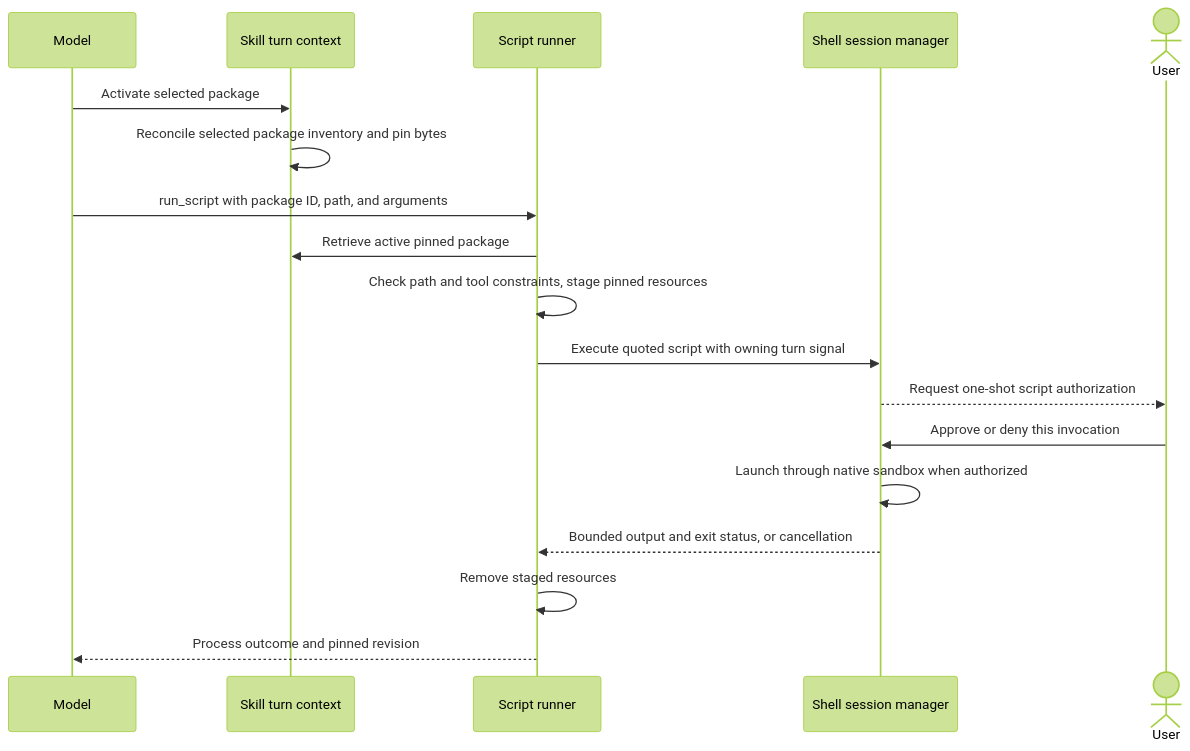
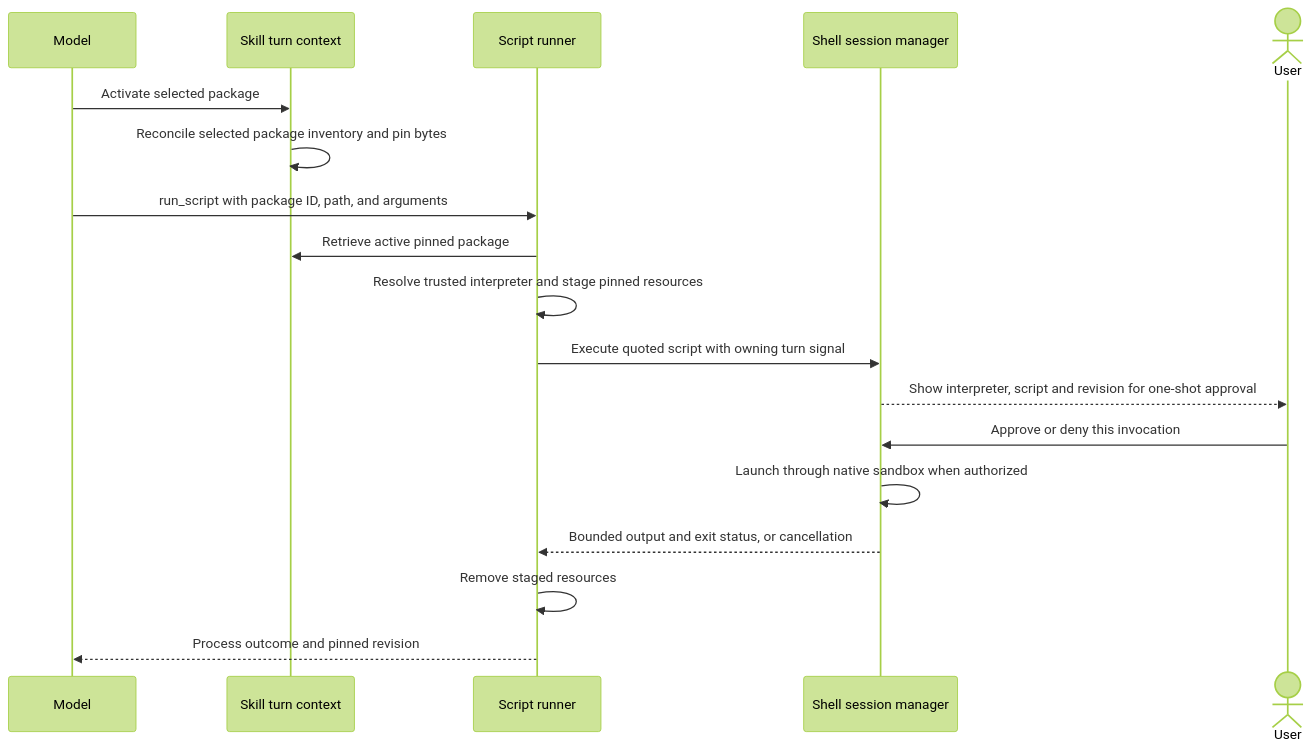
The ninth of 10 diagrams in docs/AGENT_INSTRUCTIONS.md (danceroutine/Glyph), drawn with Mermaid (forest theme) before and after one commit. The commit also changed other lines of this file, not shown here.

Commit message:
Describe instruction refresh and reviewed package execution flows

````diff
--- a/docs/AGENT_INSTRUCTIONS.md
+++ b/docs/AGENT_INSTRUCTIONS.md
@@ -371,20 +375,20 @@
 ```mermaid
 sequenceDiagram
     participant Model
     participant Turn as Skill turn context
     participant Runner as Script runner
     participant Shell as Shell session manager
     actor User
     Model->>Turn: Activate selected package
     Turn->>Turn: Reconcile selected package inventory and pin bytes
     Model->>Runner: run_script with package ID, path, and arguments
     Runner->>Turn: Retrieve active pinned package
-    Runner->>Runner: Check path and tool constraints, stage pinned resources
+    Runner->>Runner: Resolve trusted interpreter and stage pinned resources
     Runner->>Shell: Execute quoted script with owning turn signal
-    Shell-->>User: Request one-shot script authorization
+    Shell-->>User: Show interpreter, script and revision for one-shot approval
     User->>Shell: Approve or deny this invocation
     Shell->>Shell: Launch through native sandbox when authorized
     Shell-->>Runner: Bounded output and exit status, or cancellation
     Runner->>Runner: Remove staged resources
     Runner-->>Model: Process outcome and pinned revision
 ```
````
